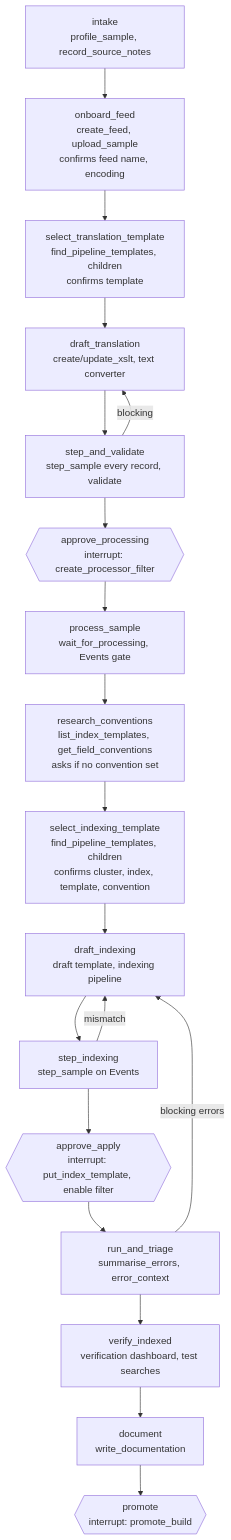
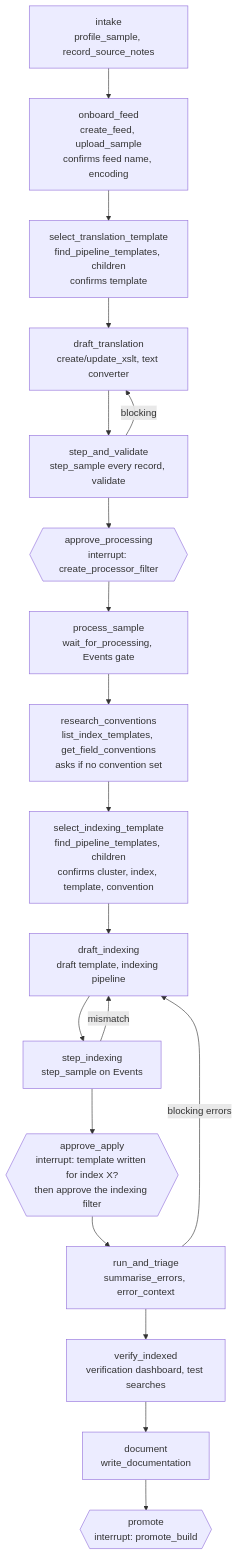
Before and after one commit to gradata-systems/stroom-fastmcp-server: the third of 3 diagrams in docs/DESIGN.md, drawn with Mermaid. The commit also changed other lines of this file and 26 other files, not shown here.

````diff
--- a/docs/DESIGN.md
+++ b/docs/DESIGN.md
@@ -474,21 +492,21 @@
 ```mermaid
 flowchart TD
     intake[intake<br/>profile_sample, record_source_notes] --> onboard_feed[onboard_feed<br/>create_feed, upload_sample<br/>confirms feed name, encoding]
     onboard_feed --> select_translation_template[select_translation_template<br/>find_pipeline_templates, children<br/>confirms template]
     select_translation_template --> draft_translation[draft_translation<br/>create/update_xslt, text converter]
     draft_translation --> step_and_validate[step_and_validate<br/>step_sample every record, validate]
     step_and_validate -- blocking --> draft_translation
     step_and_validate --> approve_processing{{approve_processing<br/>interrupt: create_processor_filter}}
     approve_processing --> process_sample[process_sample<br/>wait_for_processing, Events gate]
     process_sample --> research_conventions[research_conventions<br/>list_index_templates, get_field_conventions<br/>asks if no convention set]
     research_conventions --> select_indexing_template[select_indexing_template<br/>find_pipeline_templates, children<br/>confirms cluster, index, template, convention]
     select_indexing_template --> draft_indexing[draft_indexing<br/>draft template, indexing pipeline]
     draft_indexing --> step_indexing[step_indexing<br/>step_sample on Events]
     step_indexing -- mismatch --> draft_indexing
-    step_indexing --> approve_apply{{approve_apply<br/>interrupt: put_index_template, enable filter}}
+    step_indexing --> approve_apply{{approve_apply<br/>interrupt: template written for index X?<br/>then approve the indexing filter}}
     approve_apply --> run_and_triage[run_and_triage<br/>summarise_errors, error_context]
     run_and_triage -- blocking errors --> draft_indexing
     run_and_triage --> verify_indexed[verify_indexed<br/>verification dashboard, test searches]
     verify_indexed --> document[document<br/>write_documentation]
     document --> promote{{promote<br/>interrupt: promote_build}}
 ```
````
